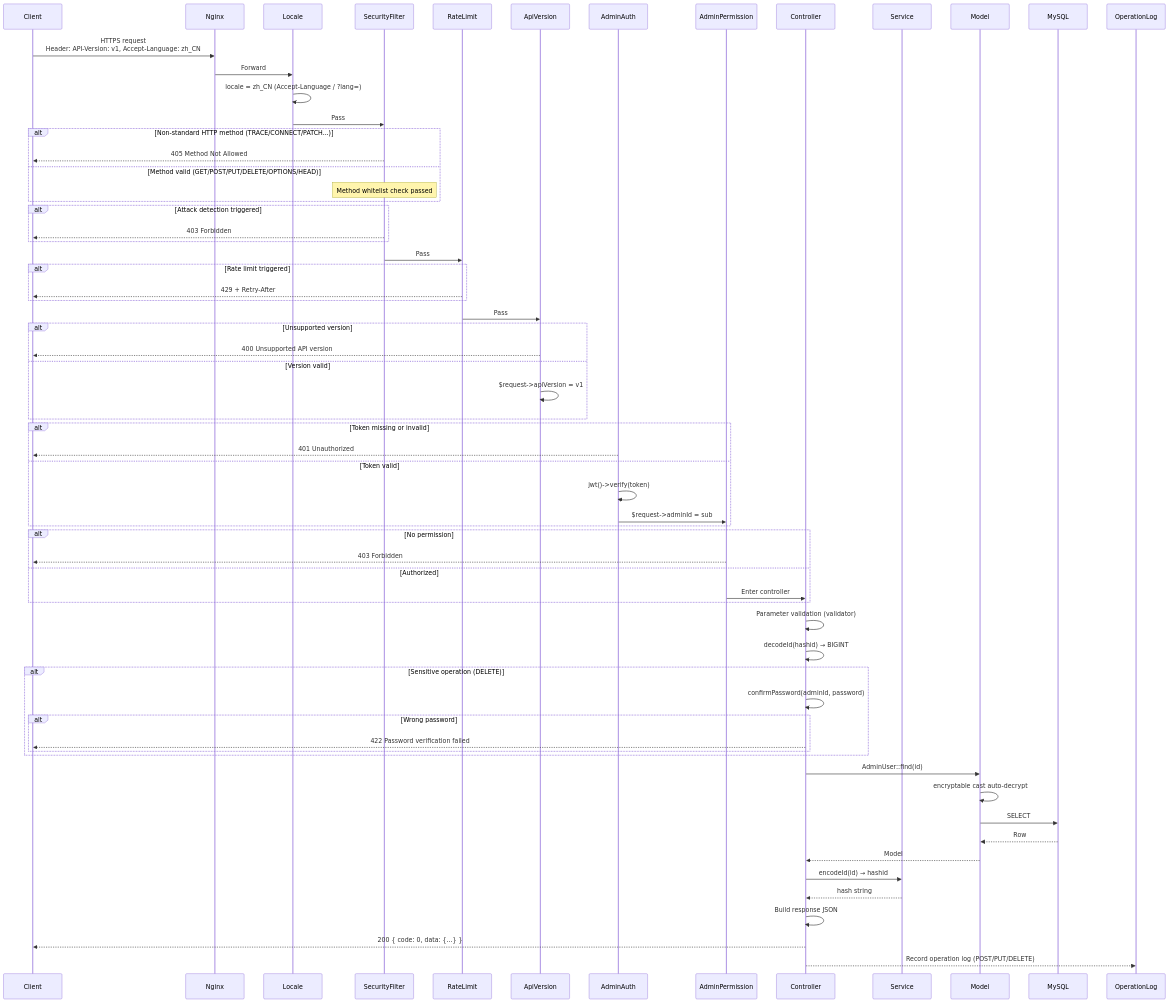
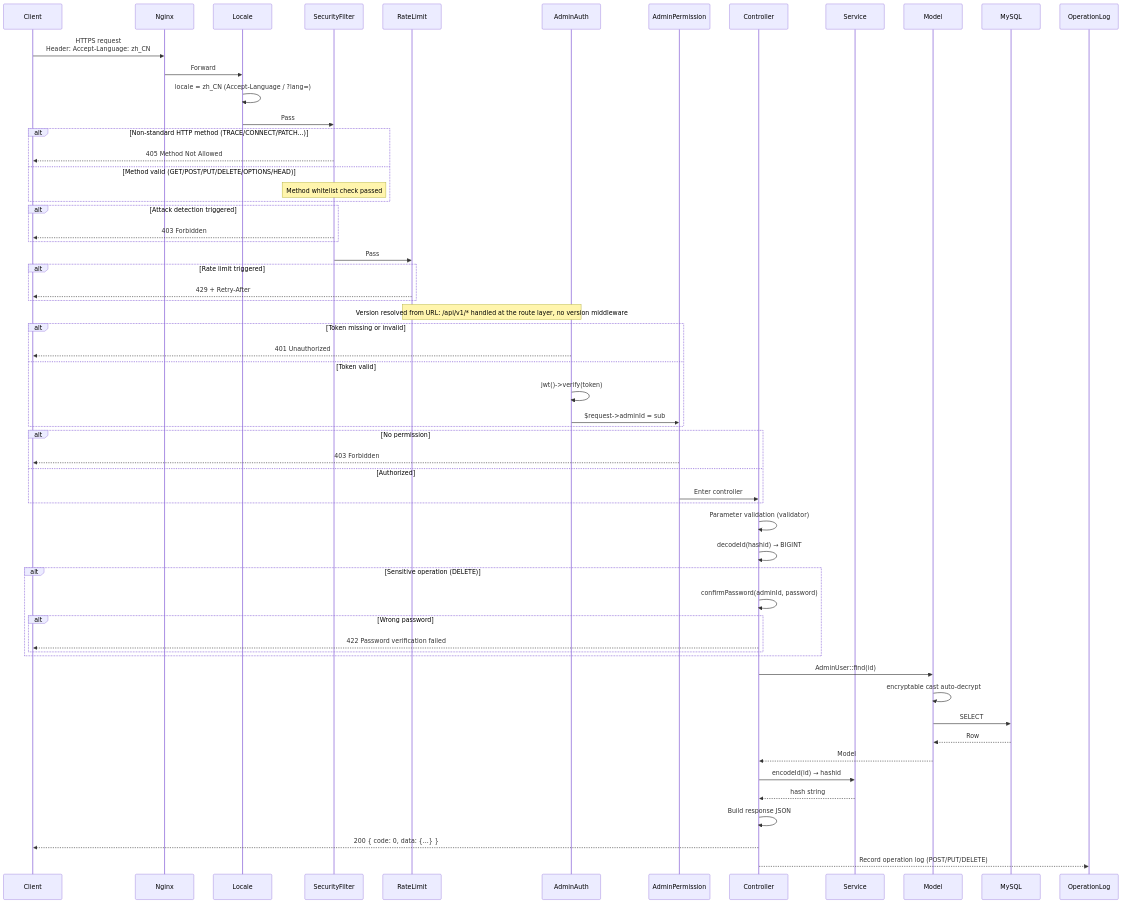
The third of 14 diagrams in admin/docs/ARCHITECTURE.en.md (erikwang2013/integrated-global-logistics), drawn with Mermaid before and after one commit. The commit also changed other lines of this file and 147 other files, not shown here.

First line of the commit message:
feat(api): API 版本号移入 URL 路径（/api/v1），移除 API-Version 头机制

````diff
--- a/admin/docs/ARCHITECTURE.en.md
+++ b/admin/docs/ARCHITECTURE.en.md
@@ -147,82 +145,75 @@
 ```mermaid
 sequenceDiagram
     participant C as Client
     participant N as Nginx
     participant MW_LOC as Locale
     participant MW_SF as SecurityFilter
     participant MW_RL as RateLimit
-    participant MW0 as ApiVersion
     participant MW1 as AdminAuth
     participant MW2 as AdminPermission
     participant CTL as Controller
     participant SVC as Service
     participant MDL as Model
     participant DB as MySQL
     participant OPLOG as OperationLog
 
-    C->>N: HTTPS request<br/>Header: API-Version: v1, Accept-Language: zh_CN
+    C->>N: HTTPS request<br/>Header: Accept-Language: zh_CN
     N->>MW_LOC: Forward
 
     MW_LOC->>MW_LOC: locale = zh_CN (Accept-Language / ?lang=)
     MW_LOC->>MW_SF: Pass
 
     alt Non-standard HTTP method (TRACE/CONNECT/PATCH...)
         MW_SF-->>C: 405 Method Not Allowed
     else Method valid (GET/POST/PUT/DELETE/OPTIONS/HEAD)
         Note over MW_SF: Method whitelist check passed
     end
 
     alt Attack detection triggered
         MW_SF-->>C: 403 Forbidden
     end
 
     MW_SF->>MW_RL: Pass
 
     alt Rate limit triggered
         MW_RL-->>C: 429 + Retry-After
     end
 
-    MW_RL->>MW0: Pass
-
-    alt Unsupported version
-        MW0-->>C: 400 Unsupported API version
-    else Version valid
-        MW0->>MW0: $request->apiVersion = v1
-    end
+    Note over MW_RL,MW1: Version resolved from URL: /api/v1/* handled at the route layer, no version middleware
 
     alt Token missing or invalid
         MW1-->>C: 401 Unauthorized
     else Token valid
         MW1->>MW1: jwt()->verify(token)
         MW1->>MW2: $request->adminId = sub
     end
 
     alt No permission
         MW2-->>C: 403 Forbidden
     else Authorized
         MW2->>CTL: Enter controller
     end
 
     CTL->>CTL: Parameter validation (validator)
     CTL->>CTL: decodeId(hashid) → BIGINT
 
     alt Sensitive operation (DELETE)
         CTL->>CTL: confirmPassword(adminId, password)
         alt Wrong password
             CTL-->>C: 422 Password verification failed
         end
     end
 
     CTL->>MDL: AdminUser::find(id)
     MDL->>MDL: encryptable cast auto-decrypt
     MDL->>DB: SELECT
     DB-->>MDL: Row
     MDL-->>CTL: Model
 
     CTL->>SVC: encodeId(id) → hashid
     SVC-->>CTL: hash string
 
     CTL->>CTL: Build response JSON
     CTL-->>C: 200 { code: 0, data: {...} }
     CTL-->>OPLOG: Record operation log (POST/PUT/DELETE)
 ```
````
